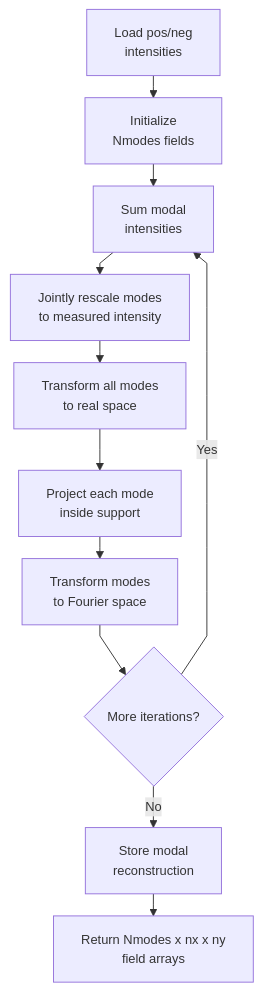
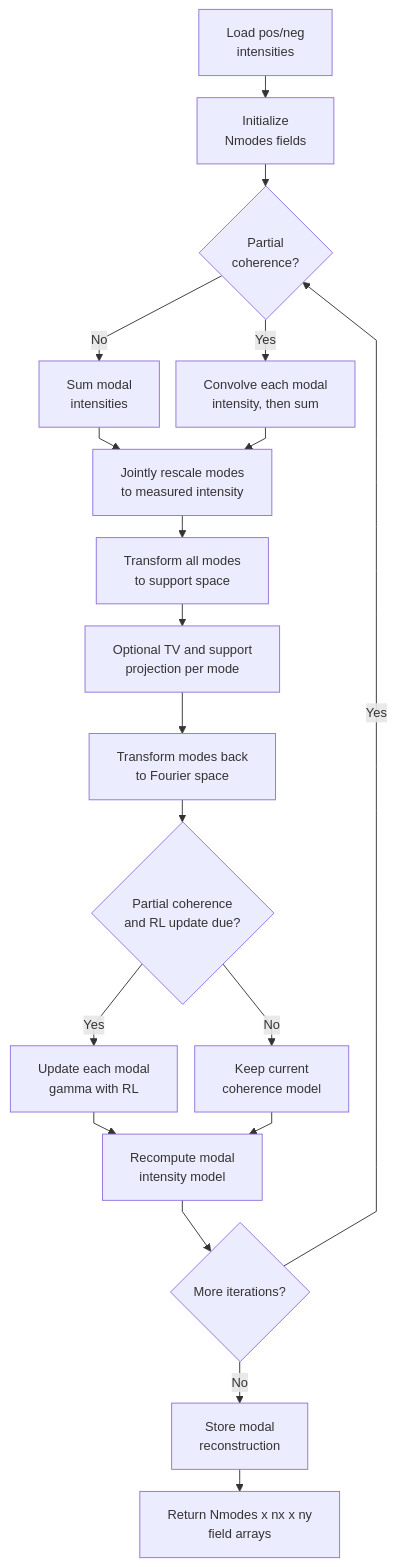
One commit to riccbatt/FTH-Phase-Retrieval-2609-SOLEIL-SEXTANTS changed the second of 6 diagrams in docs/phase_retrieval_libraries.md. Above: the diagram before and after it, drawn with Mermaid. The commit also changed other lines of this file, not shown here.

````diff
--- a/docs/phase_retrieval_libraries.md
+++ b/docs/phase_retrieval_libraries.md
@@ -270,14 +284,22 @@
 ```mermaid
 %%{init: {"flowchart": {"nodeSpacing": 18, "rankSpacing": 24, "curve": "linear"}, "themeVariables": {"fontSize": "14px"}}}%%
 flowchart TD
     A[Load pos/neg<br/>intensities] --> B[Initialize<br/>Nmodes fields]
-    B --> C[Sum modal<br/>intensities]
-    C --> D[Jointly rescale modes<br/>to measured intensity]
-    D --> E[Transform all modes<br/>to real space]
-    E --> F[Project each mode<br/>inside support]
-    F --> G[Transform modes<br/>to Fourier space]
-    G --> H{More iterations?}
-    H -- Yes --> C
-    H -- No --> I[Store modal<br/>reconstruction]
-    I --> J[Return Nmodes x nx x ny<br/>field arrays]
+    B --> C{Partial<br/>coherence?}
+    C -- No --> D[Sum modal<br/>intensities]
+    C -- Yes --> E[Convolve each modal<br/>intensity, then sum]
+    D --> F[Jointly rescale modes<br/>to measured intensity]
+    E --> F
+    F --> G[Transform all modes<br/>to support space]
+    G --> H[Optional TV and support<br/>projection per mode]
+    H --> I[Transform modes back<br/>to Fourier space]
+    I --> J{Partial coherence<br/>and RL update due?}
+    J -- Yes --> K[Update each modal<br/>gamma with RL]
+    J -- No --> L[Keep current<br/>coherence model]
+    K --> M[Recompute modal<br/>intensity model]
+    L --> M
+    M --> N{More iterations?}
+    N -- Yes --> C
+    N -- No --> O[Store modal<br/>reconstruction]
+    O --> P[Return Nmodes x nx x ny<br/>field arrays]
 ```
````
